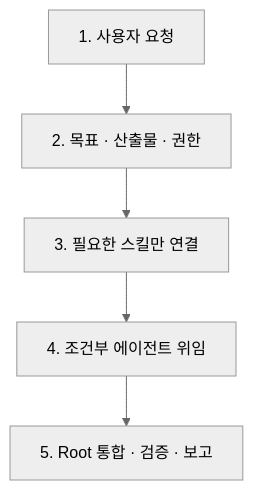
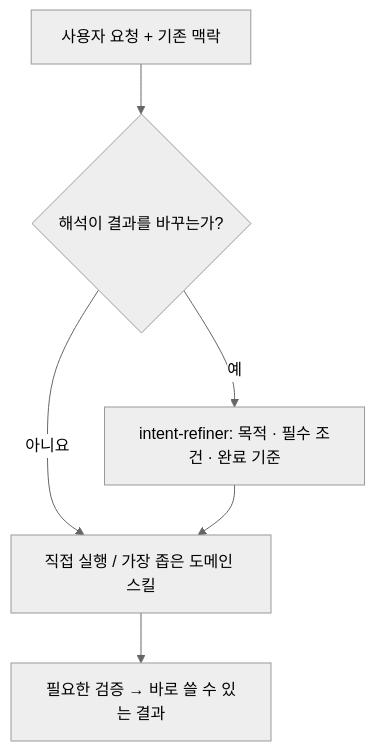
The diagram in README.md (Seung-Won-Yu/codex-agent-kit), drawn with Mermaid (neutral theme) before and after one commit. The commit also changed other lines of this file and 20 other files, not shown here.

````diff
--- a/README.md
+++ b/README.md
@@ -79,7 +80,8 @@
 ```mermaid
 flowchart TD
-  A["1. 사용자 요청"] --> B["2. 목표 · 산출물 · 권한"]
-  B --> C["3. 필요한 스킬만 연결"]
-  C --> D["4. 조건부 에이전트 위임"]
-  D --> E["5. Root 통합 · 검증 · 보고"]
+  A["사용자 요청 + 기존 맥락"] --> B{"해석이 결과를 바꾸는가?"}
+  B -->|아니요| D["직접 실행 / 가장 좁은 도메인 스킬"]
+  B -->|예| C["intent-refiner: 목적 · 필수 조건 · 완료 기준"]
+  C --> D
+  D --> E["필요한 검증 → 바로 쓸 수 있는 결과"]
 ```
````
